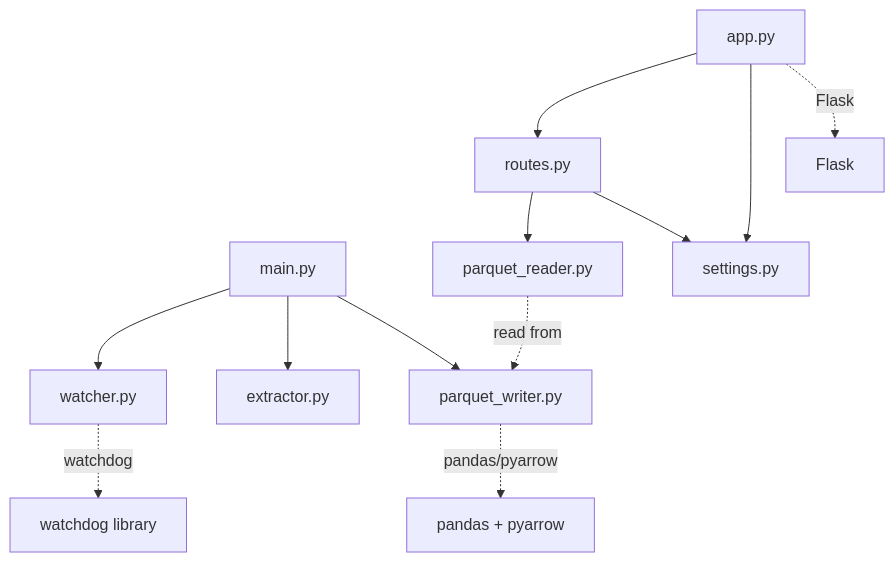
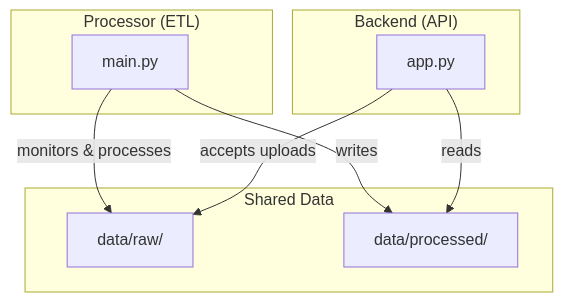
The third of 3 diagrams in docs/architecture.md (sudoblark/sudoblark.ai.bookshelf-demo), drawn with Mermaid before and after one commit. The commit also changed other lines of this file and 2 other files, not shown here.

````diff
--- a/docs/architecture.md
+++ b/docs/architecture.md
@@ -234,26 +72,20 @@
 ```mermaid
 graph TB
-    main["main.py"]
-    watcher["watcher.py"]
-    extractor["extractor.py"]
-    parquet["parquet_writer.py"]
+    subgraph processor["Processor (ETL)"]
+        main["main.py"]
+    end
     
-    app["app.py"]
-    routes["routes.py"]
-    reader["parquet_reader.py"]
-    settings["settings.py"]
+    subgraph backend["Backend (API)"]
+        app["app.py"]
+    end
     
-    main --> watcher
-    main --> extractor
-    main --> parquet
+    subgraph data["Shared Data"]
+        raw["data/raw/"]
+        processed["data/processed/"]
+    end
     
-    app --> routes
-    app --> settings
-    routes --> reader
-    routes --> settings
-    reader -.->|read from| parquet
-    
-    watcher -.->|watchdog| WD["watchdog library"]
-    parquet -.->|pandas/pyarrow| PA["pandas + pyarrow"]
-    app -.->|Flask| FK["Flask"]
+    main -->|monitors & processes| raw
+    main -->|writes| processed
+    app -->|accepts uploads| raw
+    app -->|reads| processed
 ```
````
